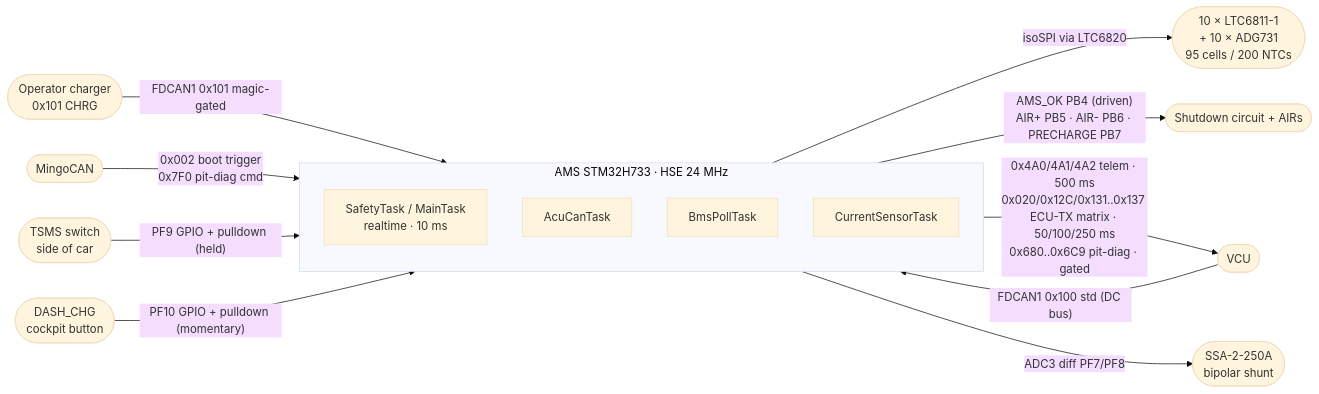
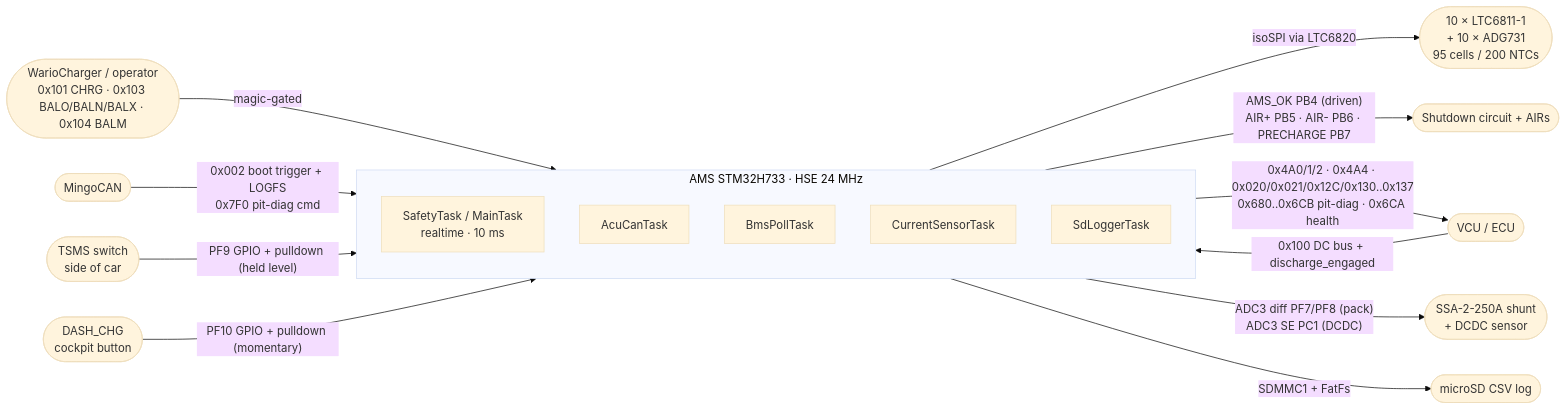
The first of 4 diagrams in docs/DEEP_DIVE.md (isc-fs/IFS08-CE-AMS), drawn with Mermaid (base theme) before and after one commit. The commit also changed other lines of this file and 13 other files, not shown here.

````diff
--- a/docs/DEEP_DIVE.md
+++ b/docs/DEEP_DIVE.md
@@ -31,20 +39,22 @@
 ```mermaid
 flowchart LR
-    VCU([VCU]) -- "FDCAN1 0x100 std (DC bus)" --> AMS
-    OP([Operator charger<br/>0x101 CHRG]) -- "FDCAN1 0x101 magic-gated" --> AMS
-    BENCH([MingoCAN]) -- "0x002 boot trigger<br/>0x7F0 pit-diag cmd" --> AMS
-    TSMS([TSMS switch<br/>side of car]) -- "PF9 GPIO + pulldown (held)" --> AMS
+    VCU([VCU / ECU]) -- "0x100 DC bus + discharge_engaged" --> AMS
+    OP([WarioCharger / operator<br/>0x101 CHRG · 0x103 BALO/BALN/BALX · 0x104 BALM]) -- "magic-gated" --> AMS
+    BENCH([MingoCAN]) -- "0x002 boot trigger + LOGFS<br/>0x7F0 pit-diag cmd" --> AMS
+    TSMS([TSMS switch<br/>side of car]) -- "PF9 GPIO + pulldown (held level)" --> AMS
     DASH([DASH_CHG<br/>cockpit button]) -- "PF10 GPIO + pulldown (momentary)" --> AMS
 
     subgraph AMS[AMS STM32H733 · HSE 24 MHz]
       SafetyTask[SafetyTask / MainTask<br/>realtime · 10 ms]
       AcuCanTask
       BmsPollTask
       CurrentSensorTask
+      SdLoggerTask
     end
 
     AMS -- "isoSPI via LTC6820" --> Chain([10 × LTC6811-1<br/>+ 10 × ADG731<br/>95 cells / 200 NTCs])
     AMS -- "AMS_OK PB4 (driven)<br/>AIR+ PB5 · AIR- PB6 · PRECHARGE PB7" --> SDC([Shutdown circuit + AIRs])
-    AMS -- "0x4A0/4A1/4A2 telem · 500 ms<br/>0x020/0x12C/0x131..0x137 ECU-TX matrix · 50/100/250 ms<br/>0x680..0x6C9 pit-diag · gated" --> VCU
-    AMS -- "ADC3 diff PF7/PF8" --> CurrSensor([SSA-2-250A<br/>bipolar shunt])
+    AMS -- "0x4A0/1/2 · 0x4A4 · 0x020/0x021/0x12C/0x130..0x137<br/>0x680..0x6CB pit-diag · 0x6CA health" --> VCU
+    AMS -- "ADC3 diff PF7/PF8 (pack)<br/>ADC3 SE PC1 (DCDC)" --> CurrSensor([SSA-2-250A shunt<br/>+ DCDC sensor])
+    AMS -- "SDMMC1 + FatFs" --> SD([microSD CSV log])
 ```
````
